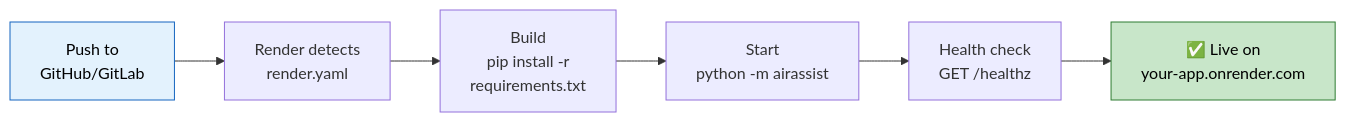
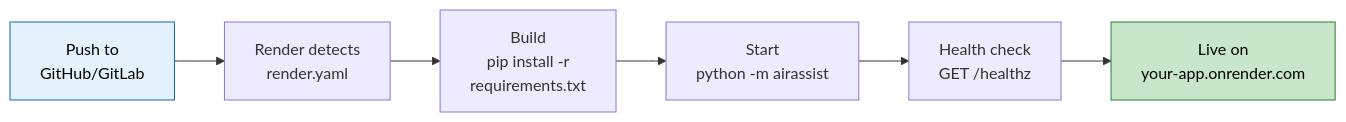
Before and after one commit to kanojiaatharva/urban-air-assistant: the fifth of 11 diagrams in README.md, drawn with Mermaid. The commit also changed other lines of this file and 2 other files, not shown here.

````diff
--- a/README.md
+++ b/README.md
@@ -299,11 +299,11 @@
 ```mermaid
 flowchart LR
     A["Push to\nGitHub/GitLab"] --> B["Render detects\nrender.yaml"]
     B --> C["Build\npip install -r\nrequirements.txt"]
     C --> D["Start\npython -m airassist"]
     D --> E["Health check\nGET /healthz"]
-    E --> F["✅ Live on\nyour-app.onrender.com"]
+    E --> F["Live on\nyour-app.onrender.com"]
 
     style A fill:#e3f2fd,stroke:#1565c0,color:#000
     style F fill:#c8e6c9,stroke:#2e7d32,color:#000
 ```
````
